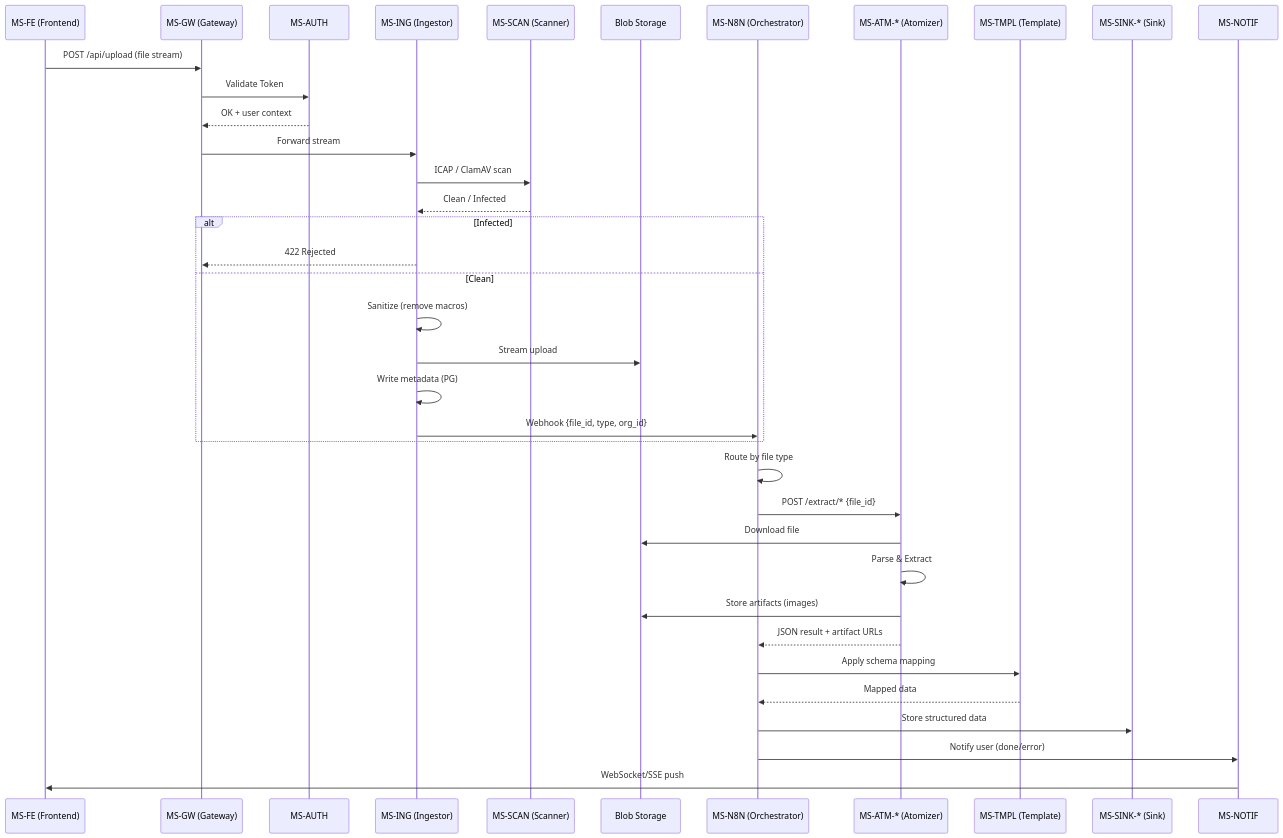
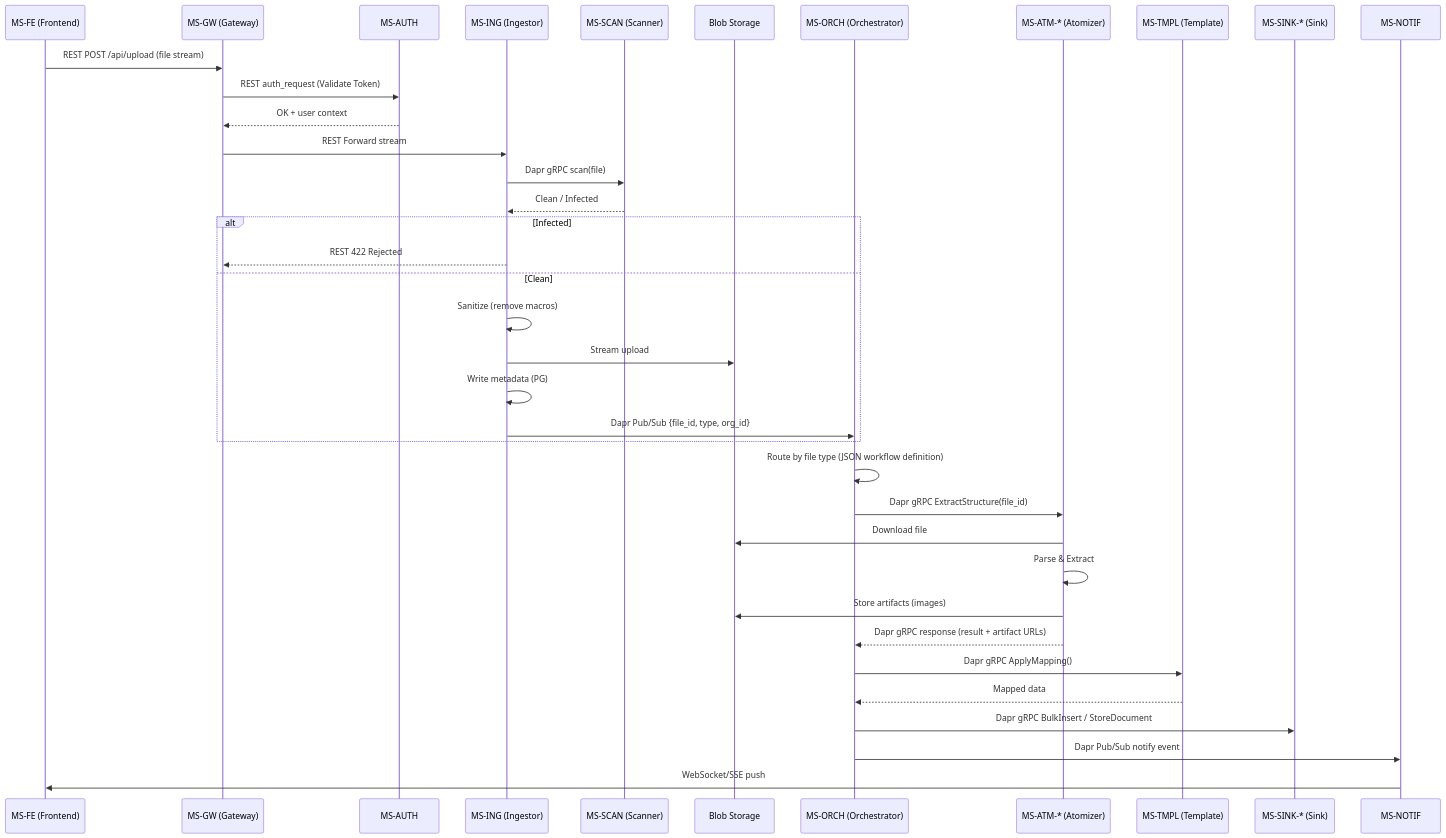
One commit to JanBartyzal/ReportAutomatization changed the third of 7 diagrams in docs/microservices_decomposition.md. Above: the diagram before and after it, drawn with Mermaid. The commit also changed other lines of this file and 121 other files, not shown here.

````diff
--- a/docs/microservices_decomposition.md
+++ b/docs/microservices_decomposition.md
@@ -137,43 +139,43 @@
 ```mermaid
 sequenceDiagram
     participant User as MS-FE (Frontend)
     participant GW as MS-GW (Gateway)
     participant AUTH as MS-AUTH
     participant ING as MS-ING (Ingestor)
     participant SCAN as MS-SCAN (Scanner)
     participant BLOB as Blob Storage
-    participant N8N as MS-N8N (Orchestrator)
+    participant ORCH as MS-ORCH (Orchestrator)
     participant ATM as MS-ATM-* (Atomizer)
     participant TMPL as MS-TMPL (Template)
     participant SINK as MS-SINK-* (Sink)
     participant NOTIF as MS-NOTIF
 
-    User->>GW: POST /api/upload (file stream)
-    GW->>AUTH: Validate Token
+    User->>GW: REST POST /api/upload (file stream)
+    GW->>AUTH: REST auth_request (Validate Token)
     AUTH-->>GW: OK + user context
-    GW->>ING: Forward stream
-    ING->>SCAN: ICAP / ClamAV scan
+    GW->>ING: REST Forward stream
+    ING->>SCAN: Dapr gRPC scan(file)
     SCAN-->>ING: Clean / Infected
     alt Infected
-        ING-->>GW: 422 Rejected
+        ING-->>GW: REST 422 Rejected
     else Clean
         ING->>ING: Sanitize (remove macros)
         ING->>BLOB: Stream upload
         ING->>ING: Write metadata (PG)
-        ING->>N8N: Webhook {file_id, type, org_id}
+        ING->>ORCH: Dapr Pub/Sub {file_id, type, org_id}
     end
 
-    N8N->>N8N: Route by file type
-    N8N->>ATM: POST /extract/* {file_id}
+    ORCH->>ORCH: Route by file type (JSON workflow definition)
+    ORCH->>ATM: Dapr gRPC ExtractStructure(file_id)
     ATM->>BLOB: Download file
     ATM->>ATM: Parse & Extract
     ATM->>BLOB: Store artifacts (images)
-    ATM-->>N8N: JSON result + artifact URLs
+    ATM-->>ORCH: Dapr gRPC response (result + artifact URLs)
 
-    N8N->>TMPL: Apply schema mapping
-    TMPL-->>N8N: Mapped data
+    ORCH->>TMPL: Dapr gRPC ApplyMapping()
+    TMPL-->>ORCH: Mapped data
 
-    N8N->>SINK: Store structured data
-    N8N->>NOTIF: Notify user (done/error)
+    ORCH->>SINK: Dapr gRPC BulkInsert / StoreDocument
+    ORCH->>NOTIF: Dapr Pub/Sub notify event
     NOTIF->>User: WebSocket/SSE push
 ```
````
